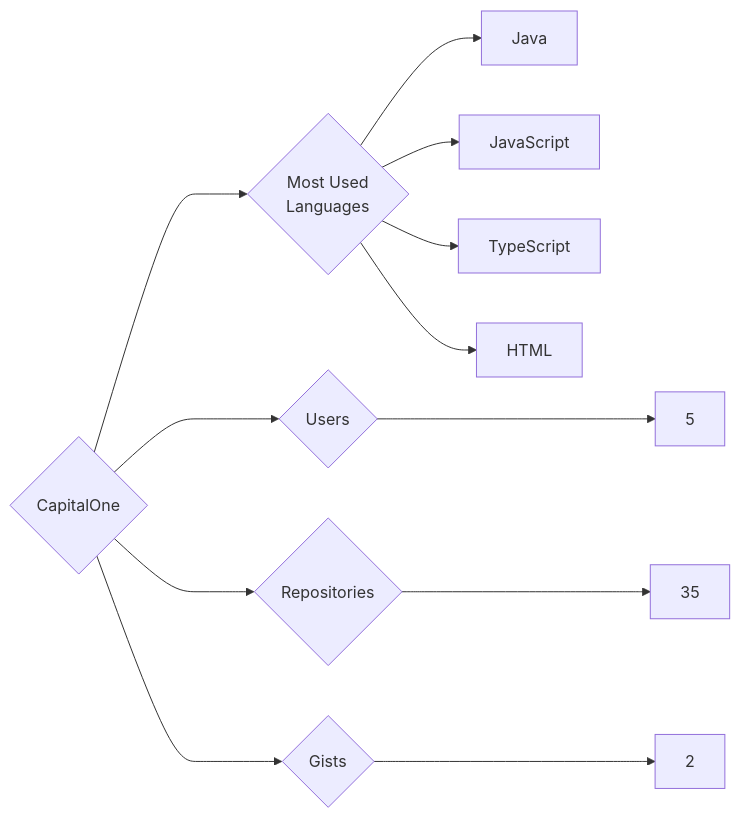
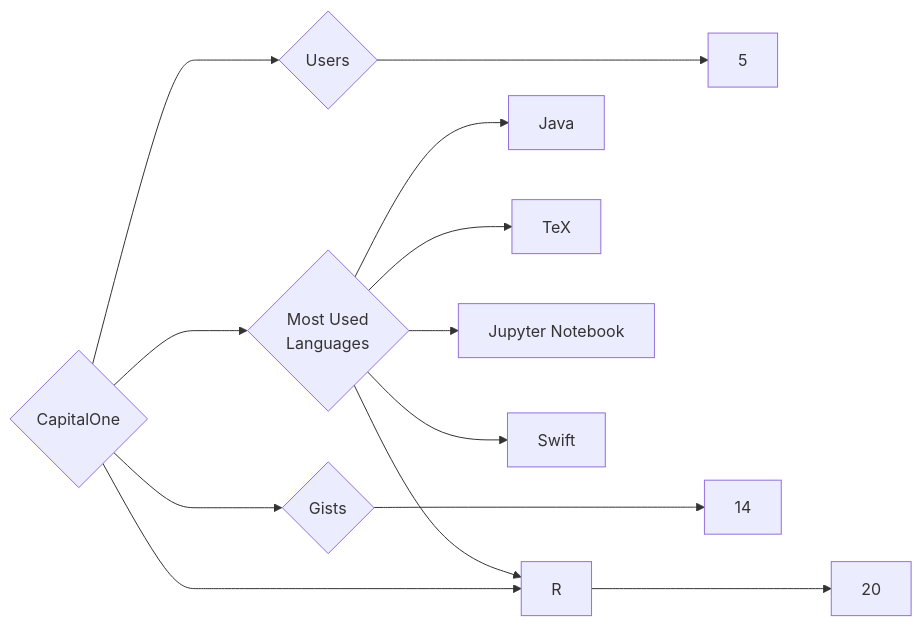
One commit to trickest/insiders changed the diagram in targets/CapitalOne/README.md. Above: the diagram before and after it, drawn with Mermaid. The commit also changed 1166 other files, not shown here.

````diff
--- a/targets/CapitalOne/README.md
+++ b/targets/CapitalOne/README.md
@@ -3,12 +3,13 @@
 ```mermaid
 graph LR
 COMPANY_NAME{CapitalOne}
 COMPANY_NAME ---> U{Users} ---> UN[5]
-COMPANY_NAME ---> R{Repositories} ---> RN[35]
-COMPANY_NAME ---> G{Gists} ---> GN[2]
+COMPANY_NAME ---> R{Repositories} ---> RN[20]
+COMPANY_NAME ---> G{Gists} ---> GN[14]
 COMPANY_NAME ---> ML{Most Used<br>Languages}
 ML --> Java[Java]
-ML --> JavaScript[JavaScript]
-ML --> TypeScript[TypeScript]
-ML --> HTML[HTML]
+ML --> TeX[TeX]
+ML --> R[R]
+ML --> Jupyter_Notebook[Jupyter Notebook]
+ML --> Swift[Swift]
 ```
````
